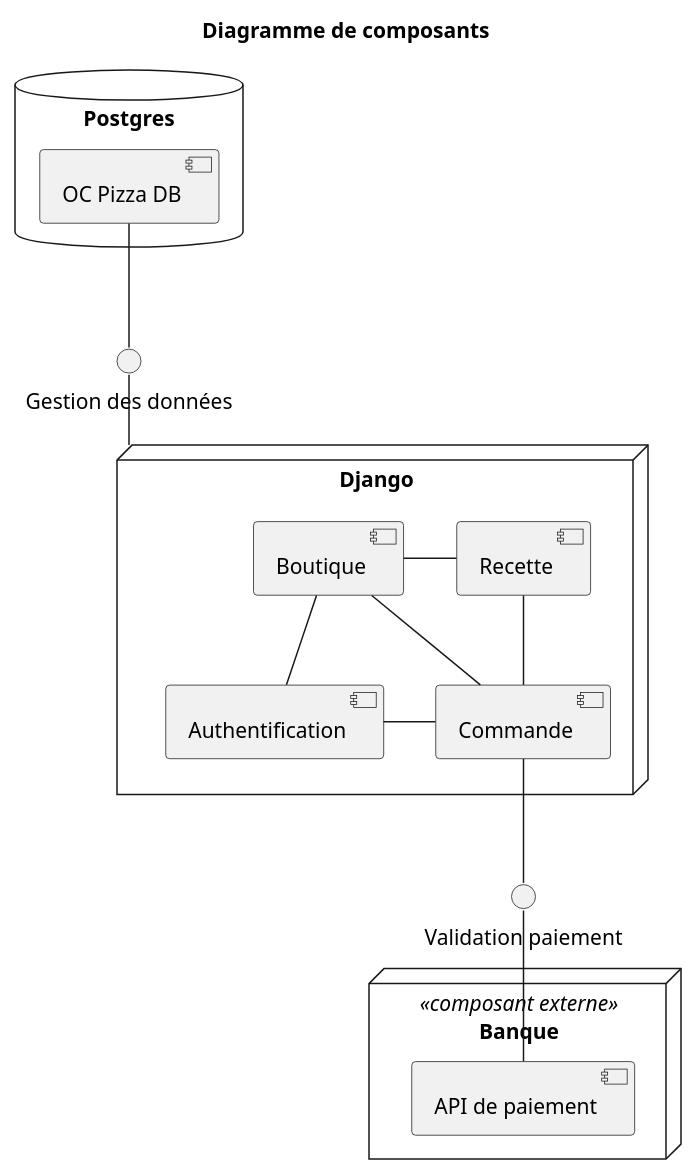
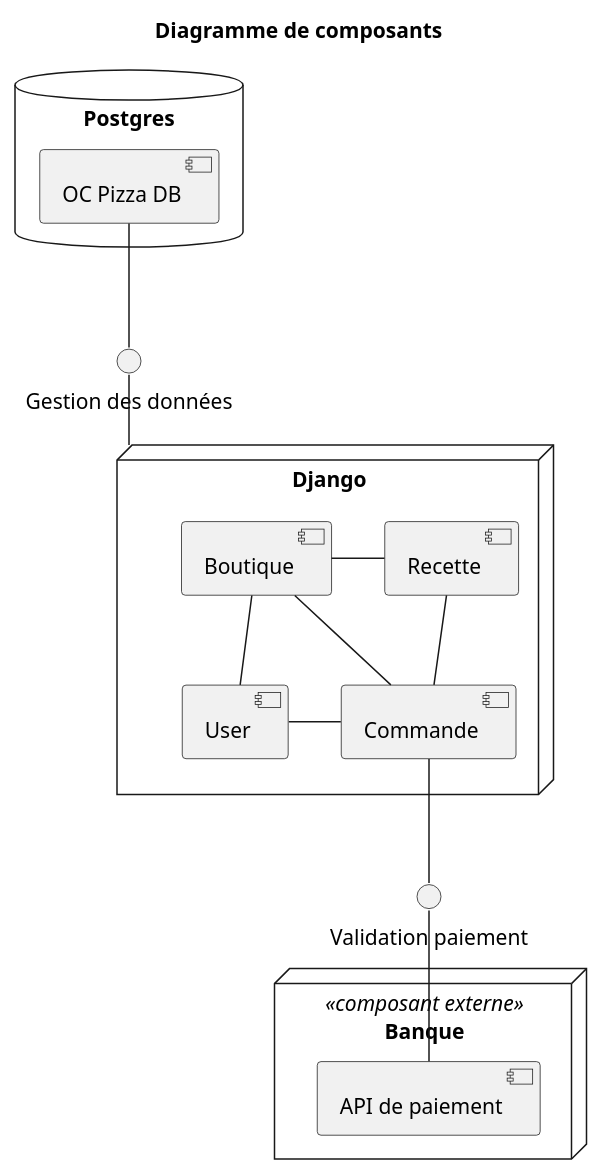
Before and after one commit to Zepmanbc/oc_dapython_pr6: the diagram in doc/uml/08_diagram_component.puml, drawn with PlantUML. The commit also changed 5 other files, not shown here.

Commit message:
mise a jour de authentification => user dans les diagrammes

```diff
--- a/doc/uml/08_diagram_component.puml
+++ b/doc/uml/08_diagram_component.puml
@@ -1,30 +1,30 @@
 @startuml 08_diagram_component
 title Diagramme de composants
 
 node Django {
-    [Authentification]
+    [User]
     [Commande]
     [Boutique]
     [Recette]
 }
 database Postgres {
     [OC Pizza DB]
 }
 
 node Banque <<composant externe>> {
     [API de paiement]
 }
 
 [Commande] -- () "Validation paiement"
 () "Validation paiement" -- [API de paiement]
 
 [OC Pizza DB] -- () "Gestion des données"
 () "Gestion des données" -- Django
 
 [Boutique] - [Recette]
-[Authentification] - [Commande]
-[Boutique] -- [Authentification]
+[User] - [Commande]
+[Boutique] -- [User]
 [Recette] -- [Commande]
 [Boutique] -- [Commande]
 
 @enduml
```
